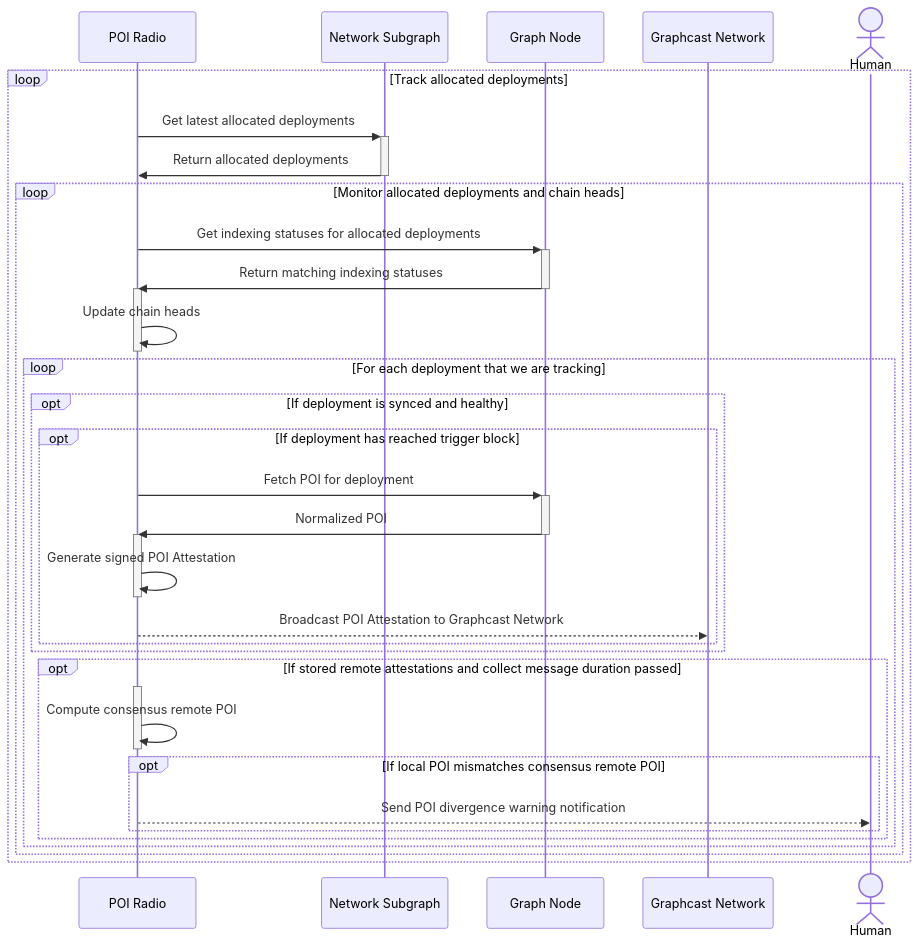
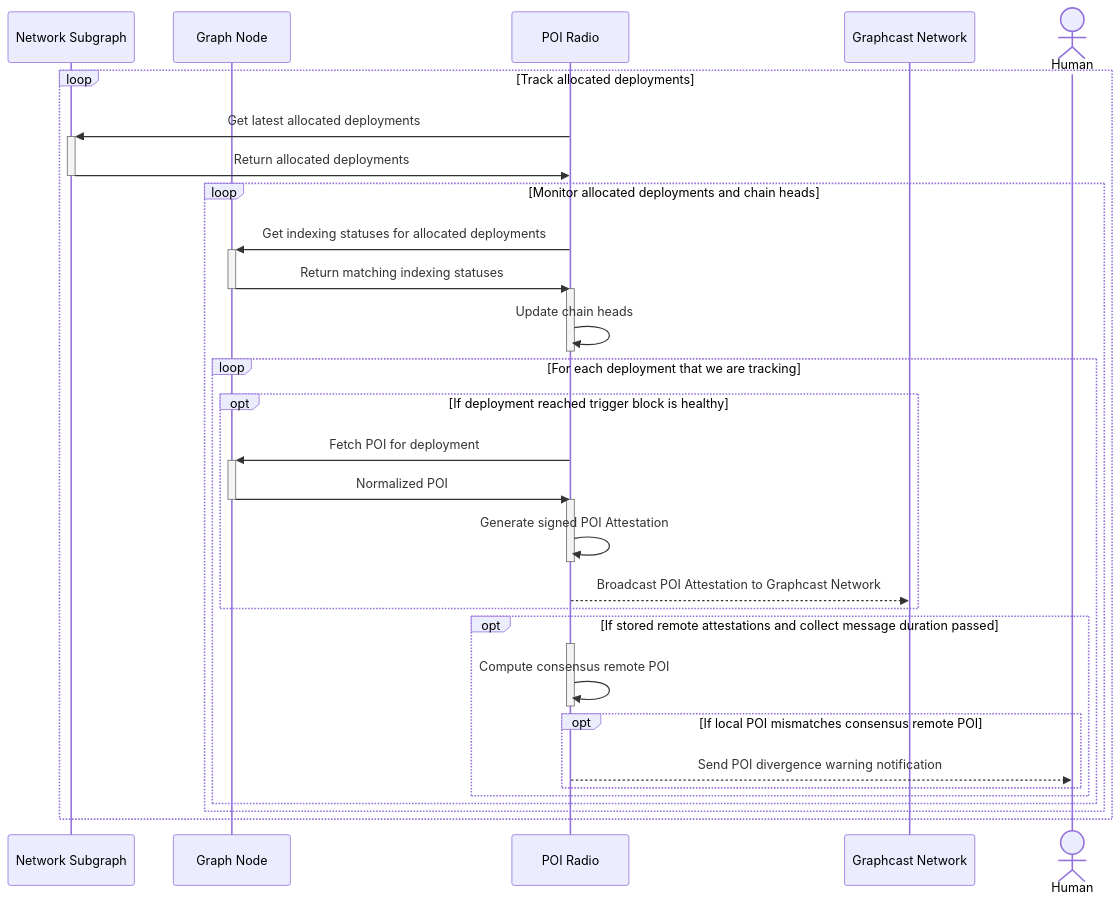
One commit to graphops/docs changed the second of 4 diagrams in docs/graphcast/radios/poi-radio.md. Above: the diagram before and after it, drawn with Mermaid. The commit also changed other lines of this file and 1 other file, not shown here.

Commit message:
feat: address hope diagram feedback

````diff
--- a/docs/graphcast/radios/poi-radio.md
+++ b/docs/graphcast/radios/poi-radio.md
@@ -165,39 +165,37 @@
 ```mermaid
 sequenceDiagram
-    participant POI Radio
     participant Network Subgraph
     participant Graph Node
+    participant POI Radio
     participant Graphcast Network
     actor Human
     loop Track allocated deployments
         POI Radio->>+Network Subgraph: Get latest allocated deployments
         Network Subgraph->>-POI Radio: Return allocated deployments
         loop Monitor allocated deployments and chain heads
             POI Radio->>+Graph Node: Get indexing statuses for allocated deployments
             Graph Node->>-POI Radio: Return matching indexing statuses
             activate POI Radio
             POI Radio->>POI Radio: Update chain heads
             deactivate POI Radio
             loop For each deployment that we are tracking
-                opt If deployment is synced and healthy
-                    opt If deployment has reached trigger block
-                        POI Radio->>+Graph Node: Fetch POI for deployment
-                        Graph Node->>-POI Radio: Normalized POI
-                        activate POI Radio
-                        POI Radio->>POI Radio: Generate signed POI Attestation
-                        deactivate POI Radio
-                        POI Radio-->>Graphcast Network: Broadcast POI Attestation to Graphcast Network
-                    end
+                opt If deployment reached trigger block is healthy
+                    POI Radio->>+Graph Node: Fetch POI for deployment
+                    Graph Node->>-POI Radio: Normalized POI
+                    activate POI Radio
+                    POI Radio->>POI Radio: Generate signed POI Attestation
+                    deactivate POI Radio
+                    POI Radio-->>Graphcast Network: Broadcast POI Attestation to Graphcast Network
                 end
                 opt If stored remote attestations and collect message duration passed
                     activate POI Radio
                     POI Radio->>POI Radio: Compute consensus remote POI
                     deactivate POI Radio
                     opt If local POI mismatches consensus remote POI
                         POI Radio-->>Human: Send POI divergence warning notification
                     end
                 end
             end
         end
     end
 ```
````
